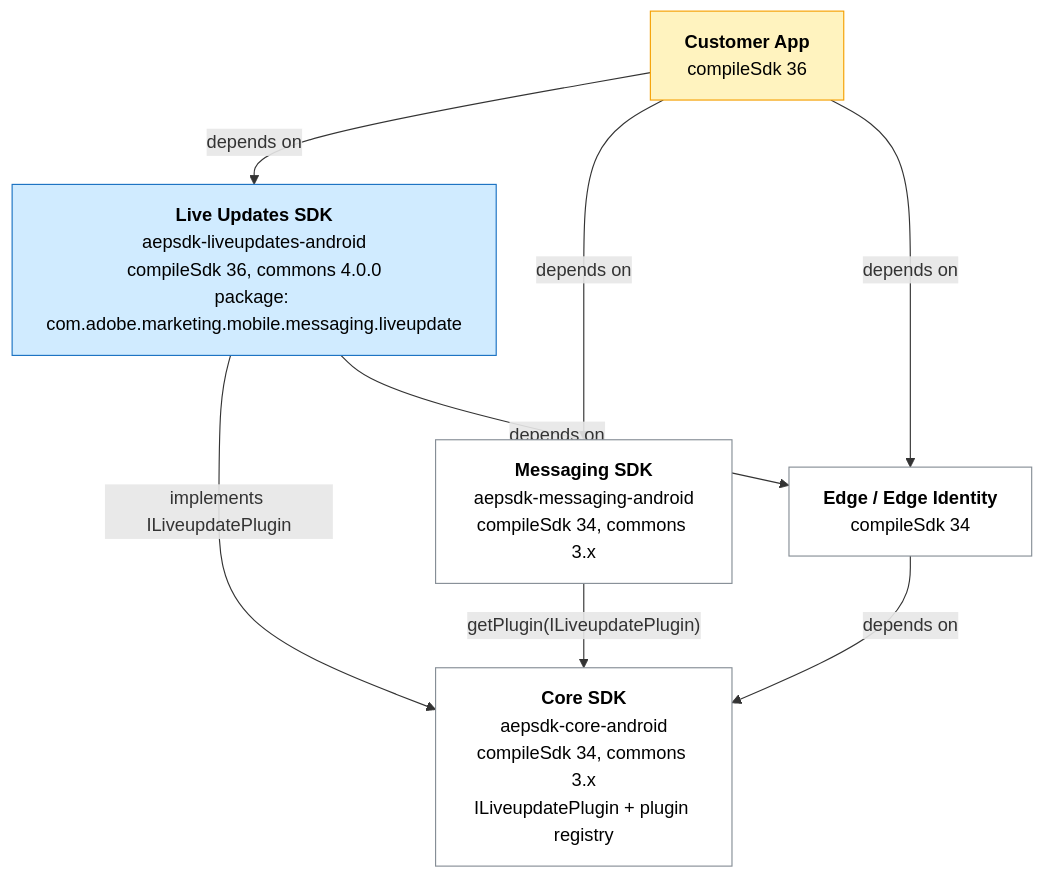
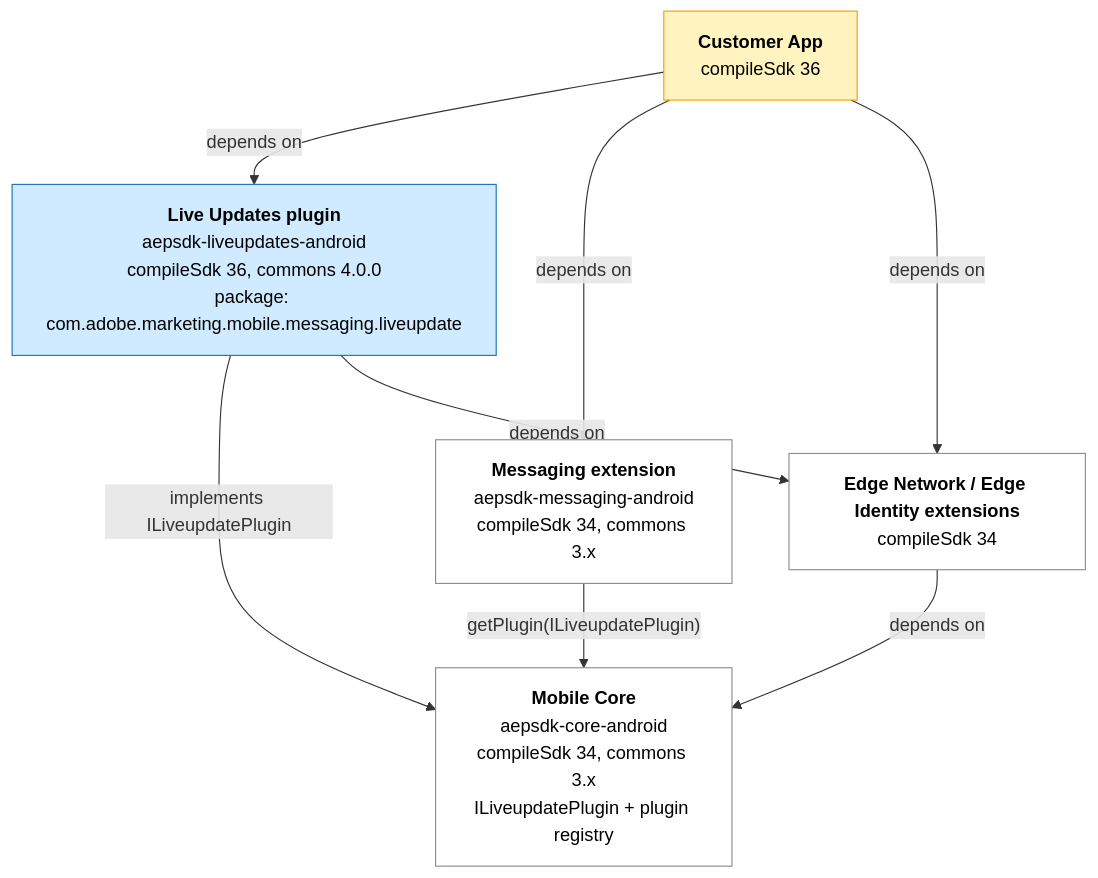
The first of 3 diagrams in Documentation/architecture.md (adobe/aepsdk-liveupdates-android), drawn with Mermaid before and after one commit. The commit also changed other lines of this file and 8 other files, not shown here.

````diff
--- a/Documentation/architecture.md
+++ b/Documentation/architecture.md
@@ -27,27 +27,27 @@
 ```mermaid
 flowchart TB
     App["<b>Customer App</b><br/>compileSdk 36"]
 
-    LU["<b>Live Updates SDK</b><br/>aepsdk-liveupdates-android<br/>compileSdk 36, commons 4.0.0<br/>package: com.adobe.marketing.mobile.messaging.liveupdate"]
+    LU["<b>Live Updates plugin</b><br/>aepsdk-liveupdates-android<br/>compileSdk 36, commons 4.0.0<br/>package: com.adobe.marketing.mobile.messaging.liveupdate"]
 
-    Msg["<b>Messaging SDK</b><br/>aepsdk-messaging-android<br/>compileSdk 34, commons 3.x"]
+    Msg["<b>Messaging extension</b><br/>aepsdk-messaging-android<br/>compileSdk 34, commons 3.x"]
 
-    Edge["<b>Edge / Edge Identity</b><br/>compileSdk 34"]
+    Edge["<b>Edge Network / Edge Identity extensions</b><br/>compileSdk 34"]
 
-    Core["<b>Core SDK</b><br/>aepsdk-core-android<br/>compileSdk 34, commons 3.x<br/>ILiveupdatePlugin + plugin registry"]
+    Core["<b>Mobile Core</b><br/>aepsdk-core-android<br/>compileSdk 34, commons 3.x<br/>ILiveupdatePlugin + plugin registry"]
 
     App -->|depends on| LU
     App -->|depends on| Msg
     App -->|depends on| Edge
     LU -->|implements ILiveupdatePlugin| Core
     LU -->|depends on| Edge
     Msg -->|"getPlugin(ILiveupdatePlugin)"| Core
     Edge -->|depends on| Core
 
     classDef new fill:#d0ebff,stroke:#1971c2,color:#000
     classDef existing fill:#fff,stroke:#868e96,color:#000
     classDef app fill:#fff3bf,stroke:#f59f00,color:#000
     class App app
     class LU new
     class Msg,Edge,Core existing
 ```
````
